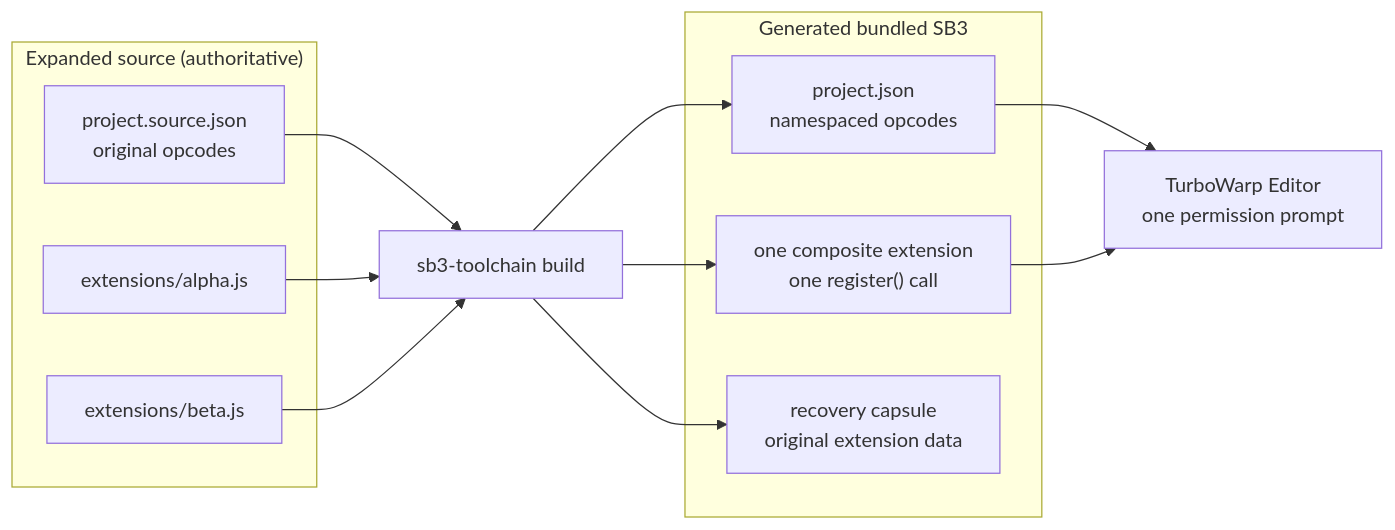
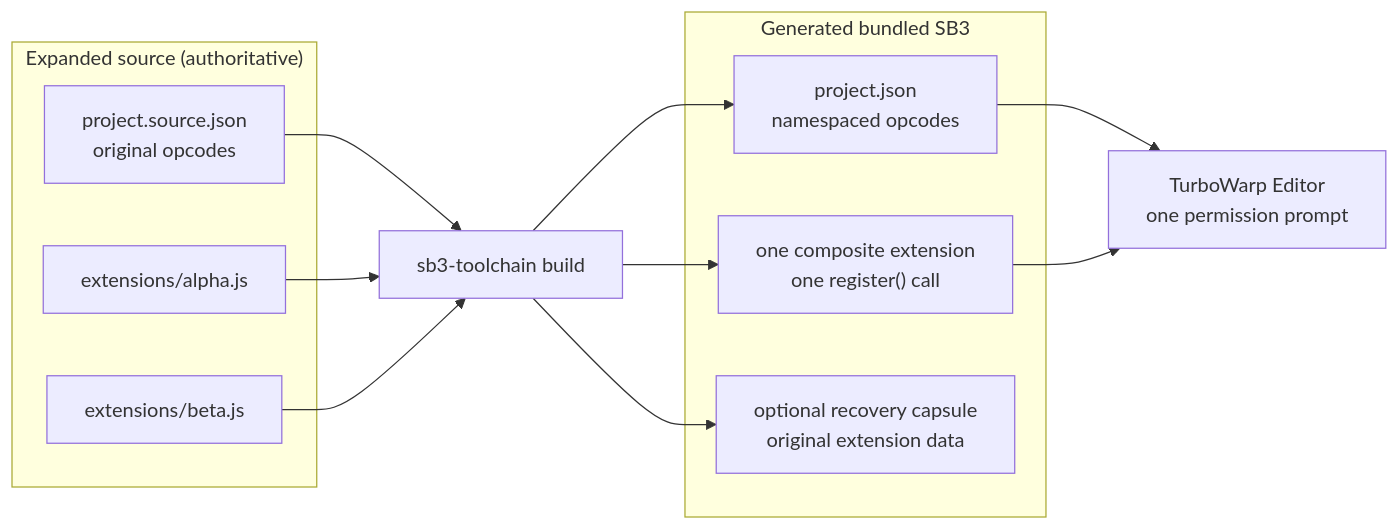
One commit to kubohiroya/sb3-toolchain changed the first of 6 diagrams in docs/extension-bundles.md. Above: the diagram before and after it, drawn with Mermaid. The commit also changed other lines of this file and 11 other files, not shown here.

First line of the commit message:
feat(extension-bundle): omit recovery capsules by default (#48)

````diff
--- a/docs/extension-bundles.md
+++ b/docs/extension-bundles.md
@@ -12,27 +12,27 @@
 ```mermaid
 flowchart LR
   subgraph Source["Expanded source (authoritative)"]
     Project["project.source.json<br/>original opcodes"]
     Alpha["extensions/alpha.js"]
     Beta["extensions/beta.js"]
   end
 
   Build["sb3-toolchain build"]
 
   subgraph Output["Generated bundled SB3"]
     BundledProject["project.json<br/>namespaced opcodes"]
     Composite["one composite extension<br/>one register() call"]
-    Capsule["recovery capsule<br/>original extension data"]
+    Capsule["optional recovery capsule<br/>original extension data"]
   end
 
   TurboWarp["TurboWarp Editor<br/>one permission prompt"]
 
   Project --> Build
   Alpha --> Build
   Beta --> Build
   Build --> BundledProject
   Build --> Composite
   Build --> Capsule
   BundledProject --> TurboWarp
   Composite --> TurboWarp
 ```
````
